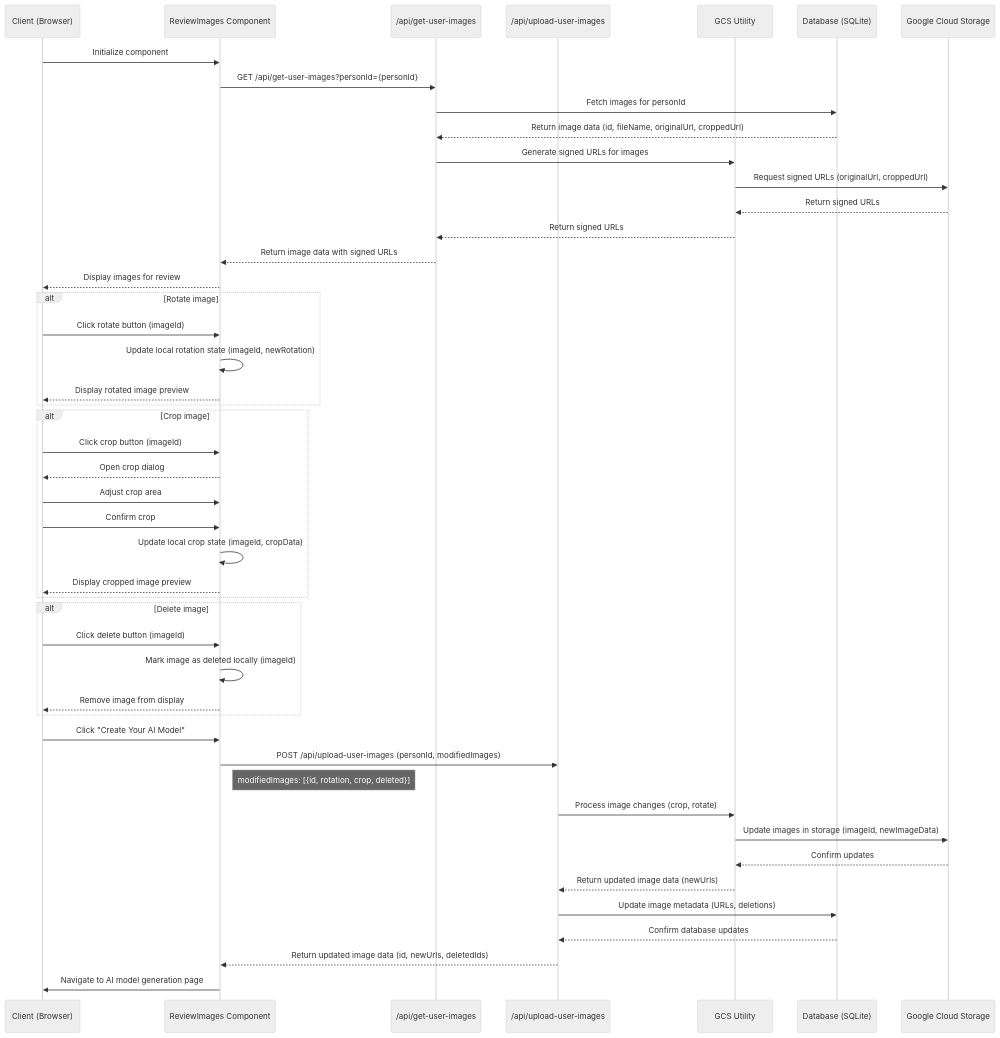
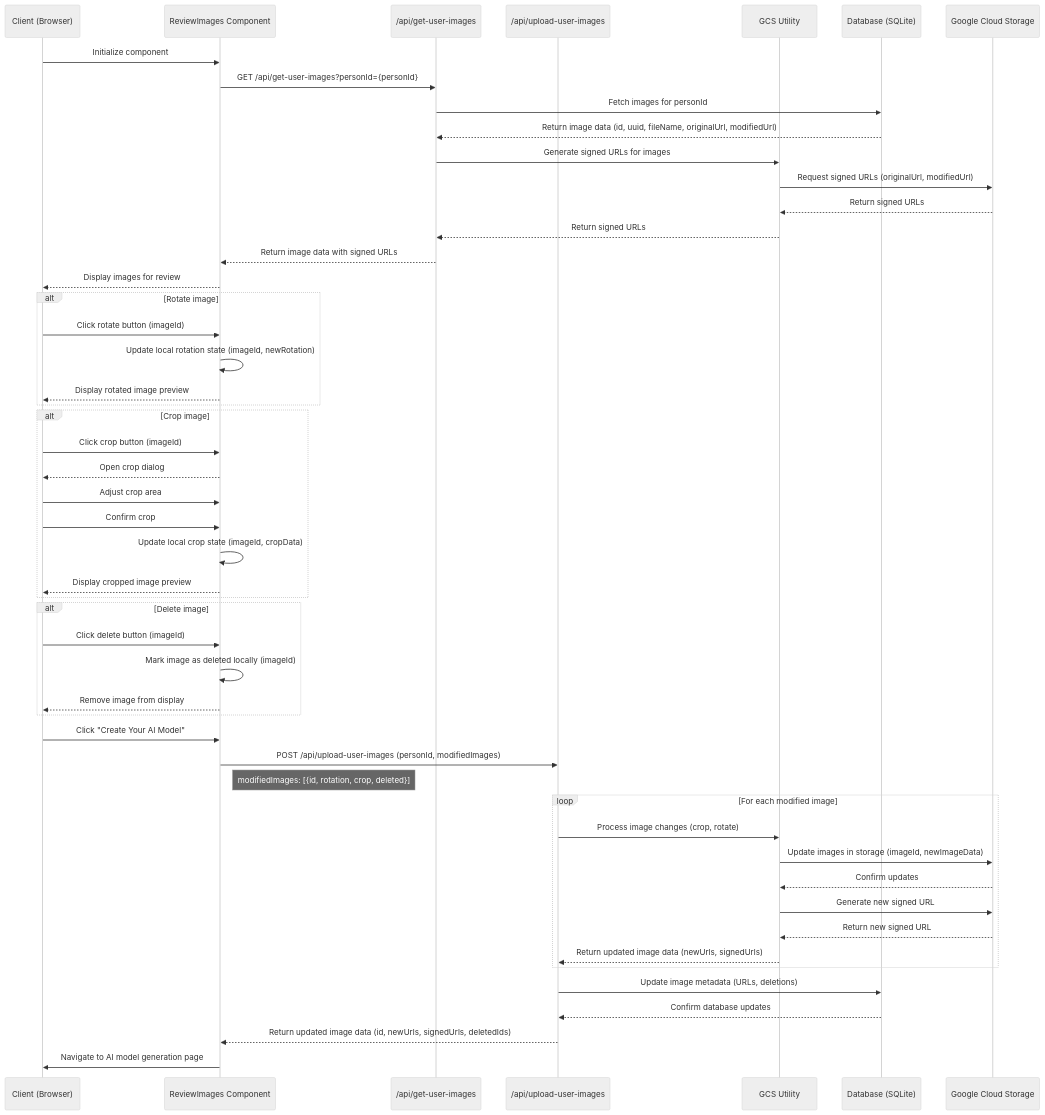
The diagram in _specs/review-images/review-images-sequence-diagram.md (misterfancysocks/img-model-training-experiment), drawn with Mermaid (neutral theme) before and after one commit. The commit also changed other lines of this file and 8 other files, not shown here.

````diff
--- a/_specs/review-images/review-images-sequence-diagram.md
+++ b/_specs/review-images/review-images-sequence-diagram.md
@@ -3,54 +3,58 @@
 ```mermaid
 sequenceDiagram
     participant Client as Client (Browser)
     participant ReviewImages as ReviewImages Component
     participant GetImagesAPI as /api/get-user-images
     participant UpdateImagesAPI as /api/upload-user-images
     participant GCSUtil as GCS Utility
     participant DB as Database (SQLite)
     participant GCS as Google Cloud Storage
 
     Client->>ReviewImages: Initialize component
     ReviewImages->>GetImagesAPI: GET /api/get-user-images?personId={personId}
     GetImagesAPI->>DB: Fetch images for personId
-    DB-->>GetImagesAPI: Return image data (id, fileName, originalUrl, croppedUrl)
+    DB-->>GetImagesAPI: Return image data (id, uuid, fileName, originalUrl, modifiedUrl)
     GetImagesAPI->>GCSUtil: Generate signed URLs for images
-    GCSUtil->>GCS: Request signed URLs (originalUrl, croppedUrl)
+    GCSUtil->>GCS: Request signed URLs (originalUrl, modifiedUrl)
     GCS-->>GCSUtil: Return signed URLs
     GCSUtil-->>GetImagesAPI: Return signed URLs
     GetImagesAPI-->>ReviewImages: Return image data with signed URLs
     ReviewImages-->>Client: Display images for review
 
     alt Rotate image
         Client->>ReviewImages: Click rotate button (imageId)
         ReviewImages->>ReviewImages: Update local rotation state (imageId, newRotation)
         ReviewImages-->>Client: Display rotated image preview
     end
 
     alt Crop image
         Client->>ReviewImages: Click crop button (imageId)
         ReviewImages-->>Client: Open crop dialog
         Client->>ReviewImages: Adjust crop area
         Client->>ReviewImages: Confirm crop
         ReviewImages->>ReviewImages: Update local crop state (imageId, cropData)
         ReviewImages-->>Client: Display cropped image preview
     end
 
     alt Delete image
         Client->>ReviewImages: Click delete button (imageId)
         ReviewImages->>ReviewImages: Mark image as deleted locally (imageId)
         ReviewImages-->>Client: Remove image from display
     end
 
     Client->>ReviewImages: Click "Create Your AI Model"
     ReviewImages->>UpdateImagesAPI: POST /api/upload-user-images (personId, modifiedImages)
     Note right of ReviewImages: modifiedImages: [{id, rotation, crop, deleted}]
-    UpdateImagesAPI->>GCSUtil: Process image changes (crop, rotate)
-    GCSUtil->>GCS: Update images in storage (imageId, newImageData)
-    GCS-->>GCSUtil: Confirm updates
-    GCSUtil-->>UpdateImagesAPI: Return updated image data (newUrls)
+    loop For each modified image
+        UpdateImagesAPI->>GCSUtil: Process image changes (crop, rotate)
+        GCSUtil->>GCS: Update images in storage (imageId, newImageData)
+        GCS-->>GCSUtil: Confirm updates
+        GCSUtil->>GCS: Generate new signed URL
+        GCS-->>GCSUtil: Return new signed URL
+        GCSUtil-->>UpdateImagesAPI: Return updated image data (newUrls, signedUrls)
+    end
     UpdateImagesAPI->>DB: Update image metadata (URLs, deletions)
     DB-->>UpdateImagesAPI: Confirm database updates
-    UpdateImagesAPI-->>ReviewImages: Return updated image data (id, newUrls, deletedIds)
+    UpdateImagesAPI-->>ReviewImages: Return updated image data (id, newUrls, signedUrls, deletedIds)
     ReviewImages->>Client: Navigate to AI model generation page
 ```
````
